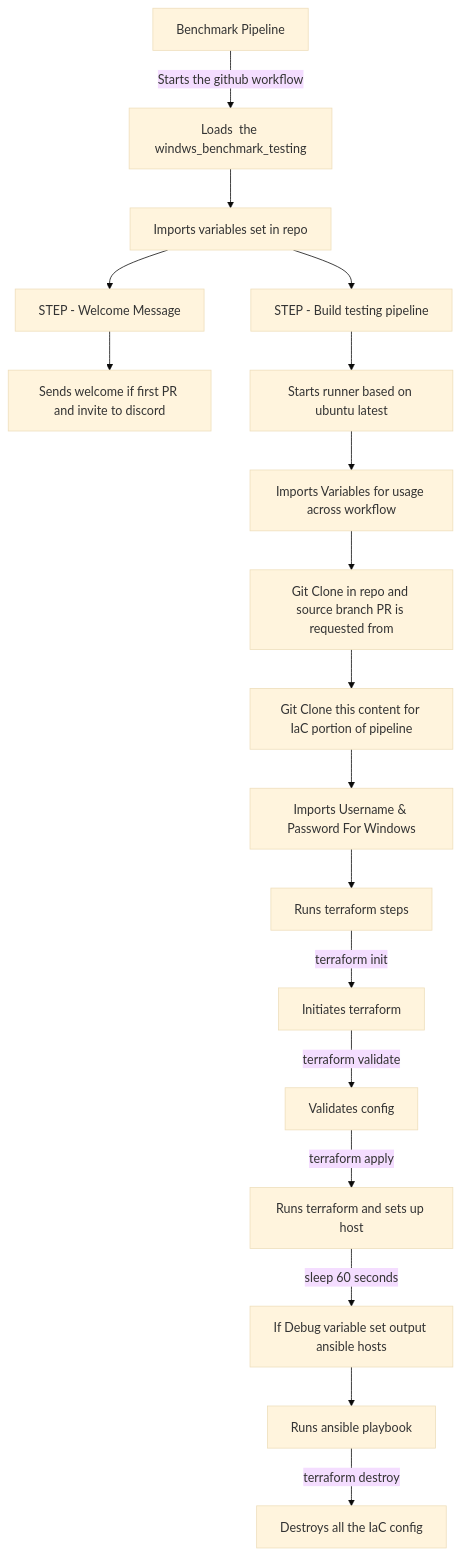
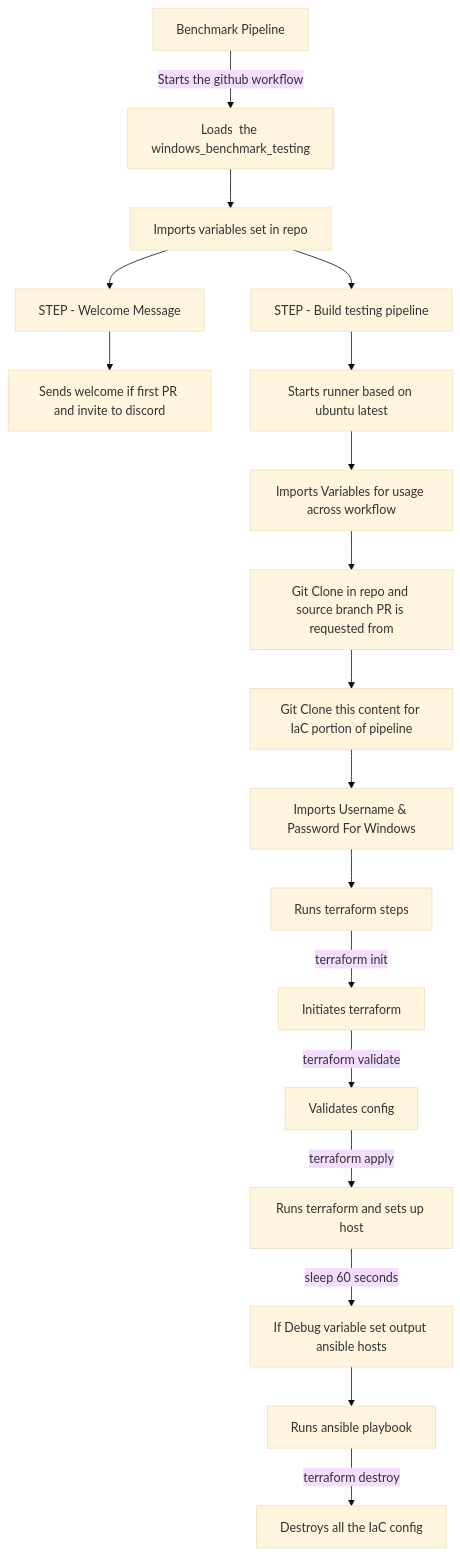
One commit to mfortin/github_windows_IaC changed the diagram in README.md. Above: the diagram before and after it, drawn with Mermaid (base theme).

````diff
--- a/README.md
+++ b/README.md
@@ -33,19 +33,19 @@
 ```mermaid
    graph TD;
-    A[Benchmark Pipeline] -->|Starts the github workflow|B[Loads  the windws_benchmark_testing]
+    A[Benchmark Pipeline] -->|Starts the github workflow|B[Loads  the windows_benchmark_testing]
     B --> C[Imports variables set in repo]
     C --> D[STEP - Welcome Message]
     D --> E[Sends welcome if first PR and invite to discord]
     C --> F[STEP - Build testing pipeline]
     F --> G[Starts runner based on ubuntu latest]
     G --> H[Imports Variables for usage across workflow]
     H --> I[Git Clone in repo and source branch PR is requested from]
     I --> J[Git Clone this content for IaC portion of pipeline]
     J --> K[Imports Username & Password For Windows]
     K --> L[Runs terraform steps]
     L -->|terraform init|M[Initiates terraform]
     M -->|terraform validate|N[Validates config]
     N -->|terraform apply|O[Runs terraform and sets up host]
     O -->|sleep 60 seconds|P[If Debug variable set output ansible hosts]
     P --> Q[Runs ansible playbook] --> |terraform destroy|R[Destroys all the IaC config]
 ```
````
